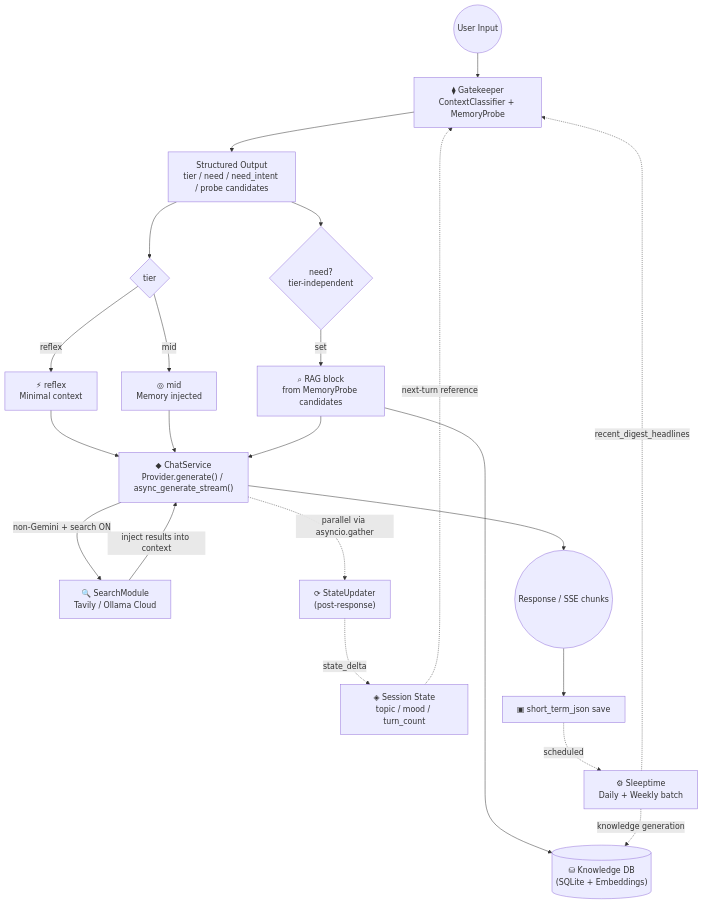
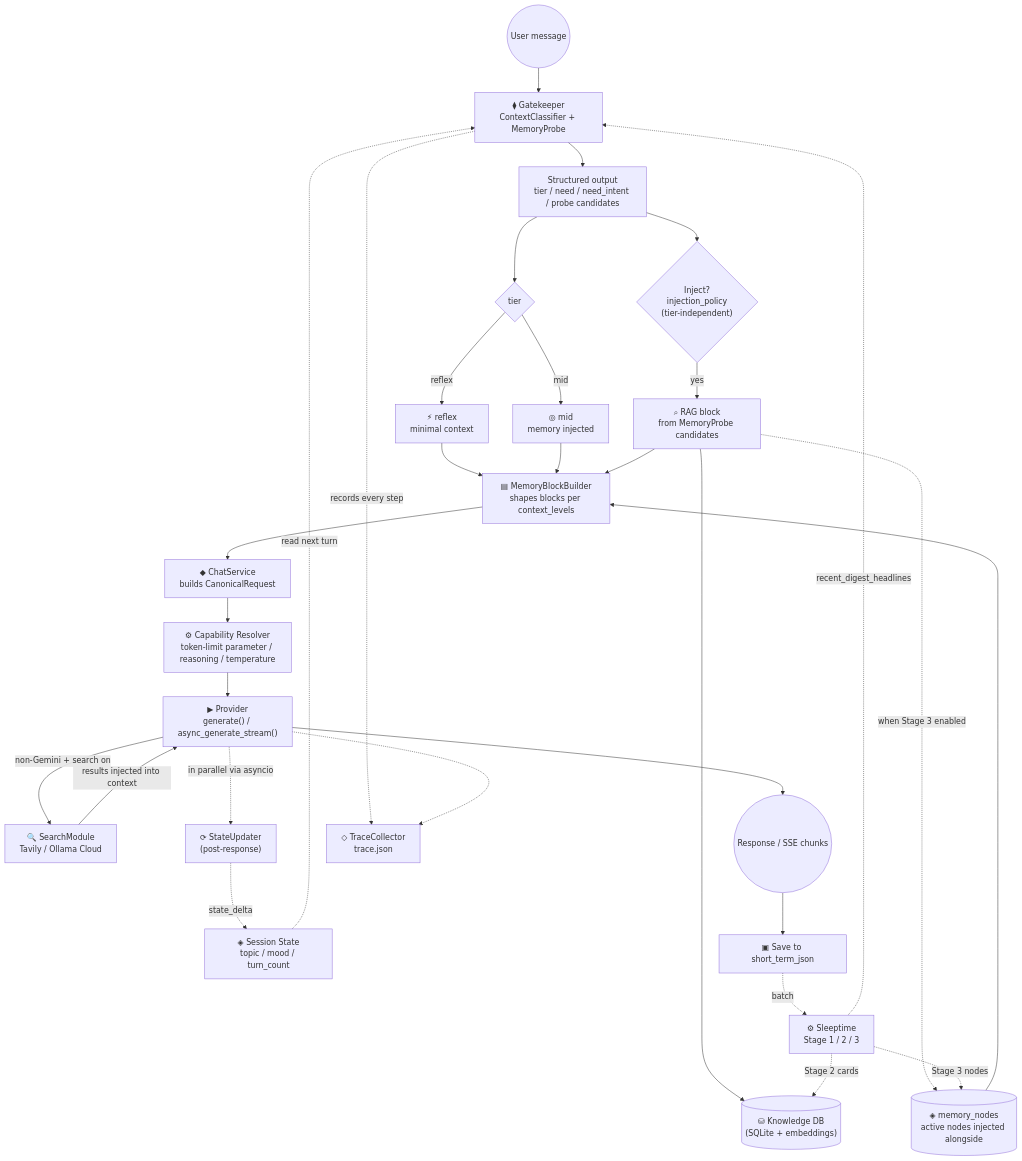
The first of 11 diagrams in docs/reference/DIAGRAMS.md (unagisann/Butly), drawn with Mermaid before and after one commit. The commit also changed other lines of this file and 28 other files, not shown here.

````diff
--- a/docs/reference/DIAGRAMS.md
+++ b/docs/reference/DIAGRAMS.md
@@ -13,24 +19,32 @@
 ```mermaid
 flowchart TD
-    A((User Input)) --> B["⧫ Gatekeeper<br/>ContextClassifier + MemoryProbe"]
-    B --> C["Structured Output<br/>tier / need / need_intent / probe candidates"]
+    A((User message)) --> B["⧫ Gatekeeper<br/>ContextClassifier + MemoryProbe"]
+    B --> C["Structured output<br/>tier / need / need_intent / probe candidates"]
     C --> E{tier}
-    E -->|reflex| F["⚡ reflex<br/>Minimal context"]
-    E -->|mid| G["◎ mid<br/>Memory injected"]
-    C --> N{need?<br/>tier-independent}
-    N -->|set| H["⌕ RAG block<br/>from MemoryProbe candidates"]
-    H --> I[("⛁ Knowledge DB<br/>(SQLite + Embeddings)")]
-    F --> J["◆ ChatService<br/>Provider.generate() / async_generate_stream()"]
-    G --> J
-    H --> J
-    J -->|non-Gemini + search ON| WS["🔍 SearchModule<br/>Tavily / Ollama Cloud"]
-    WS -->|inject results into context| J
-    J -.->|parallel via asyncio.gather| SU["⟳ StateUpdater<br/>(post-response)"]
+    E -->|reflex| F["⚡ reflex<br/>minimal context"]
+    E -->|mid| G["◎ mid<br/>memory injected"]
+    C --> N{"Inject?<br/>injection_policy<br/>(tier-independent)"}
+    N -->|yes| H["⌕ RAG block<br/>from MemoryProbe candidates"]
+    H --> I[("⛁ Knowledge DB<br/>(SQLite + embeddings)")]
+    H -.->|when Stage 3 enabled| MN[("◈ memory_nodes<br/>active nodes injected alongside")]
+    F --> MB["▤ MemoryBlockBuilder<br/>shapes blocks per context_levels"]
+    G --> MB
+    H --> MB
+    MN --> MB
+    MB --> J["◆ ChatService<br/>builds CanonicalRequest"]
+    J --> CAP["⚙ Capability Resolver<br/>token-limit parameter / reasoning / temperature"]
+    CAP --> PV["▶ Provider<br/>generate() / async_generate_stream()"]
+    PV -->|non-Gemini + search on| WS["🔍 SearchModule<br/>Tavily / Ollama Cloud"]
+    WS -->|results injected into context| PV
+    PV -.->|in parallel via asyncio| SU["⟳ StateUpdater<br/>(post-response)"]
     SU -.->|state_delta| D["◈ Session State<br/>topic / mood / turn_count"]
-    D -.->|next-turn reference| B
-    J --> K((Response / SSE chunks))
-    K --> L["▣ short_term_json save"]
-    L -.->|scheduled| M["⚙ Sleeptime<br/>Daily + Weekly batch"]
-    M -.->|knowledge generation| I
+    D -.->|read next turn| B
+    PV --> K((Response / SSE chunks))
+    K --> L["▣ Save to short_term_json"]
+    B -.->|records every step| TR["◇ TraceCollector<br/>trace.json"]
+    PV -.-> TR
+    L -.->|batch| M["⚙ Sleeptime<br/>Stage 1 / 2 / 3"]
+    M -.->|Stage 2 cards| I
+    M -.->|Stage 3 nodes| MN
     M -.->|recent_digest_headlines| B
 ```
````
